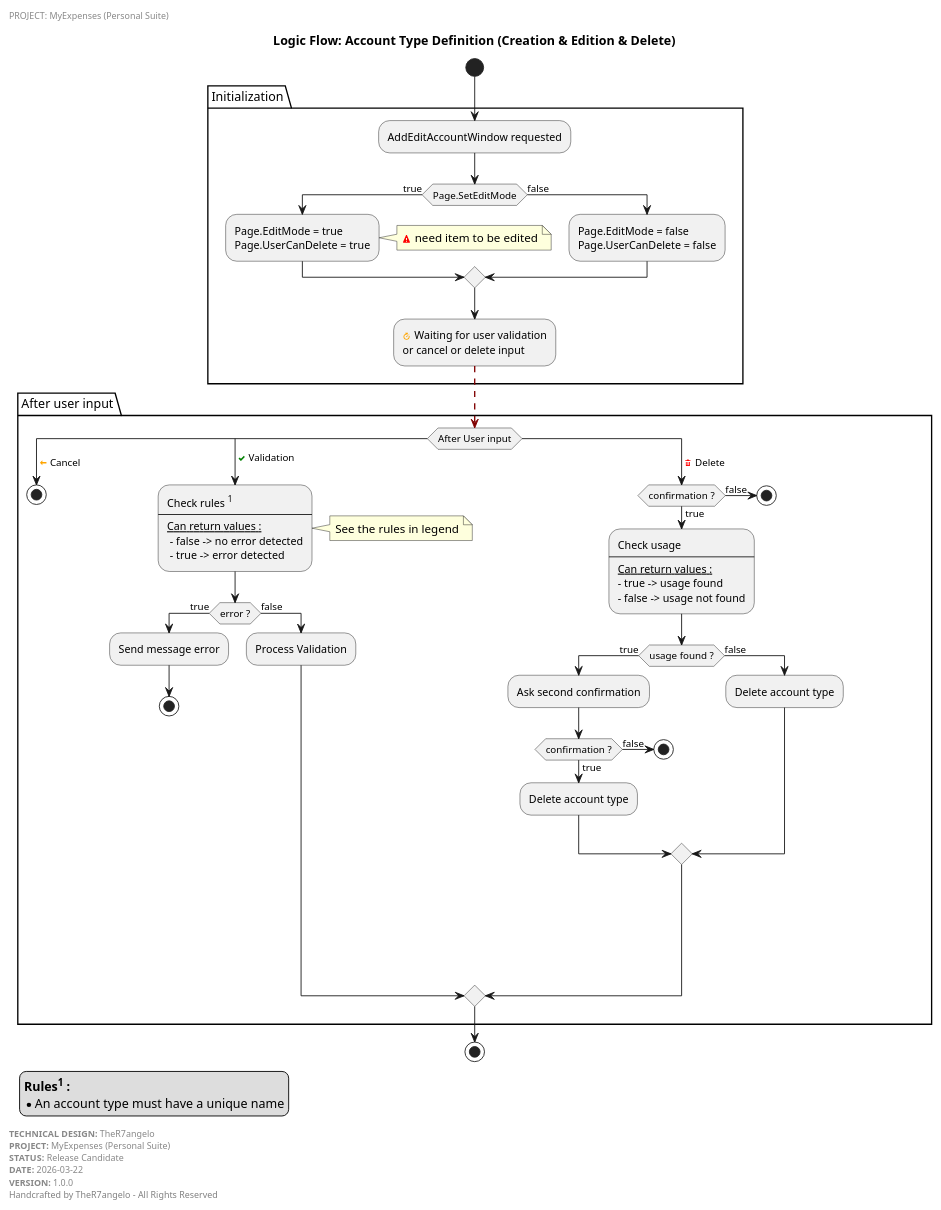
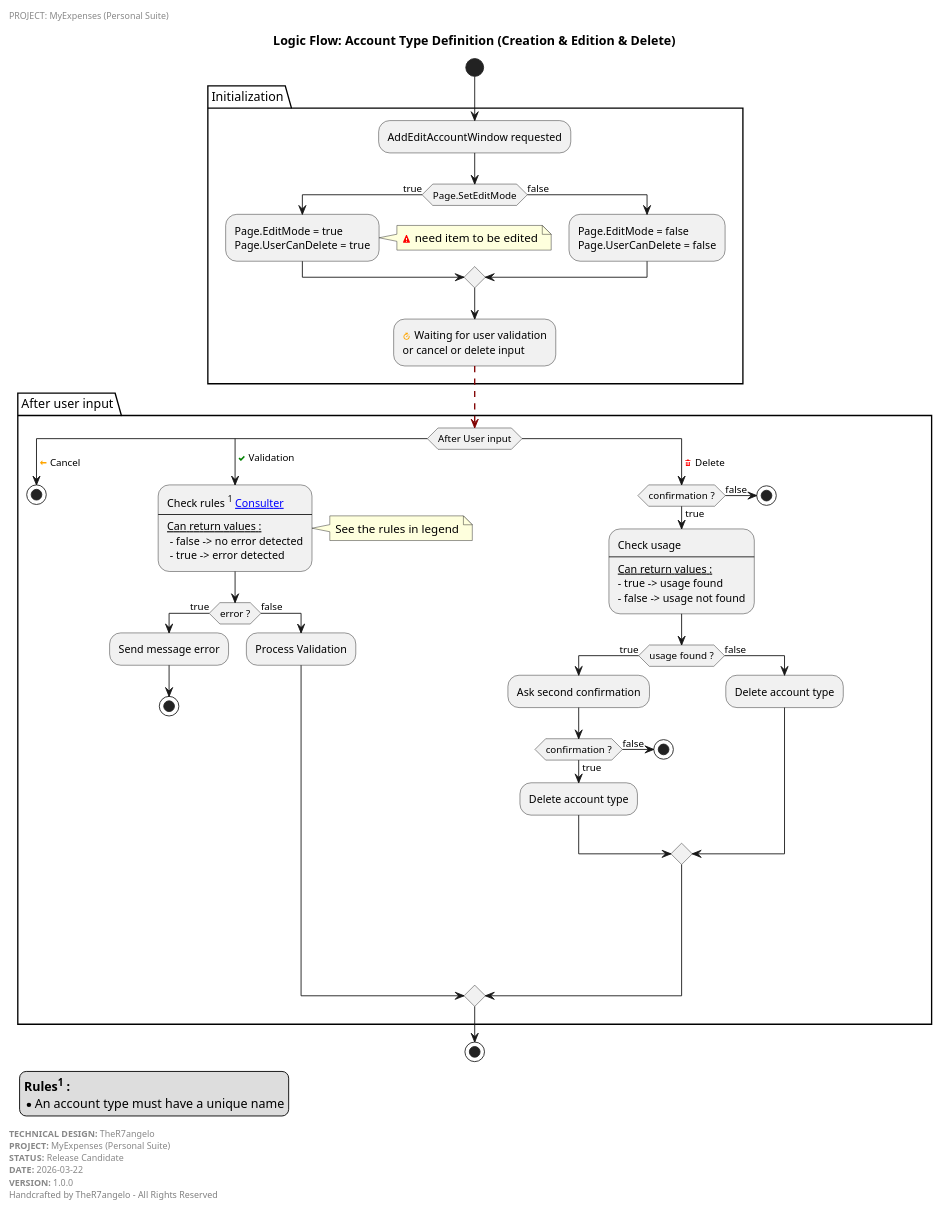
One commit to TheR7angelo/MyExpenses changed the diagram in Documentations/AddEditAccountType.puml. Above: the diagram before and after it, drawn with PlantUML. The commit also changed 6 other files, not shown here.

First line of the commit message:
docs(activity-diagram): add visual assets for validation and Add/Edit Account Type flows

```diff
--- a/Documentations/AddEditAccountType.puml
+++ b/Documentations/AddEditAccountType.puml
@@ -1,85 +1,85 @@
 @startuml
 'https://plantuml.com/activity-diagram-beta
 skinparam defaultTextAlignment left
 
 header PROJECT: MyExpenses (Personal Suite)
 title Logic Flow: Account Type Definition (Creation & Edition & Delete)
 
 left footer
     **TECHNICAL DESIGN:** TheR7angelo
     **PROJECT:** MyExpenses (Personal Suite)
     **STATUS:** Release Candidate
     **DATE:** 2026-03-22
     **VERSION:** 1.0.0
     <font color=grey>Handcrafted by TheR7angelo - All Rights Reserved</font>
 end footer
 
 start
 
 legend left
     <b>Rules<sup>1</sup> :
     * An account type must have a unique name
 end legend
 
 package Initialization {
     :AddEditAccountWindow requested;
     if (Page.SetEditMode) then (true)
         :Page.EditMode = true\nPage.UserCanDelete = true;
         note right: <color:red><&warning></color> need item to be edited
     else (false)
         :Page.EditMode = false\nPage.UserCanDelete = false;
     endif
 
     :<color:orange><&timer></color> Waiting for user validation\nor cancel or delete input;
     -[#maroon,dashed]->
 }
 
 package After user input {
 
 switch (After User input)
     case ( <color:orange><&arrow-thick-left></color> Cancel )
       stop
 
     case ( <color:green><&check></color> Validation )
-        :Check rules <sup>1</sup>
+        :Check rules <sup>1</sup> [[CheckName.puml Consulter]]
         ----
         <u>Can return values :</u>
          - false -> no error detected
          - true -> error detected; <<object>>
         
         note right : See the rules in legend
 
         if (error ?) then (true)
             :Send message error;
             stop
         else (false)
             :Process Validation;
         endif
 
     case ( <color:red><&trash></color> Delete )
         if (confirmation ?) then (false)
             stop
         else (true)
             :Check usage
             ----
             <u>Can return values :</u>
             - true -> usage found
             - false -> usage not found; <<object>>
             
             if (usage found ?) then (true)
                 :Ask second confirmation;
                 if (confirmation ?) then (false)
                     stop
                 else (true)
                     :Delete account type;
                 endif
             else (false)
                 :Delete account type;
             endif
         endif
 endswitch
 }
 
 stop
 
 @enduml
```
